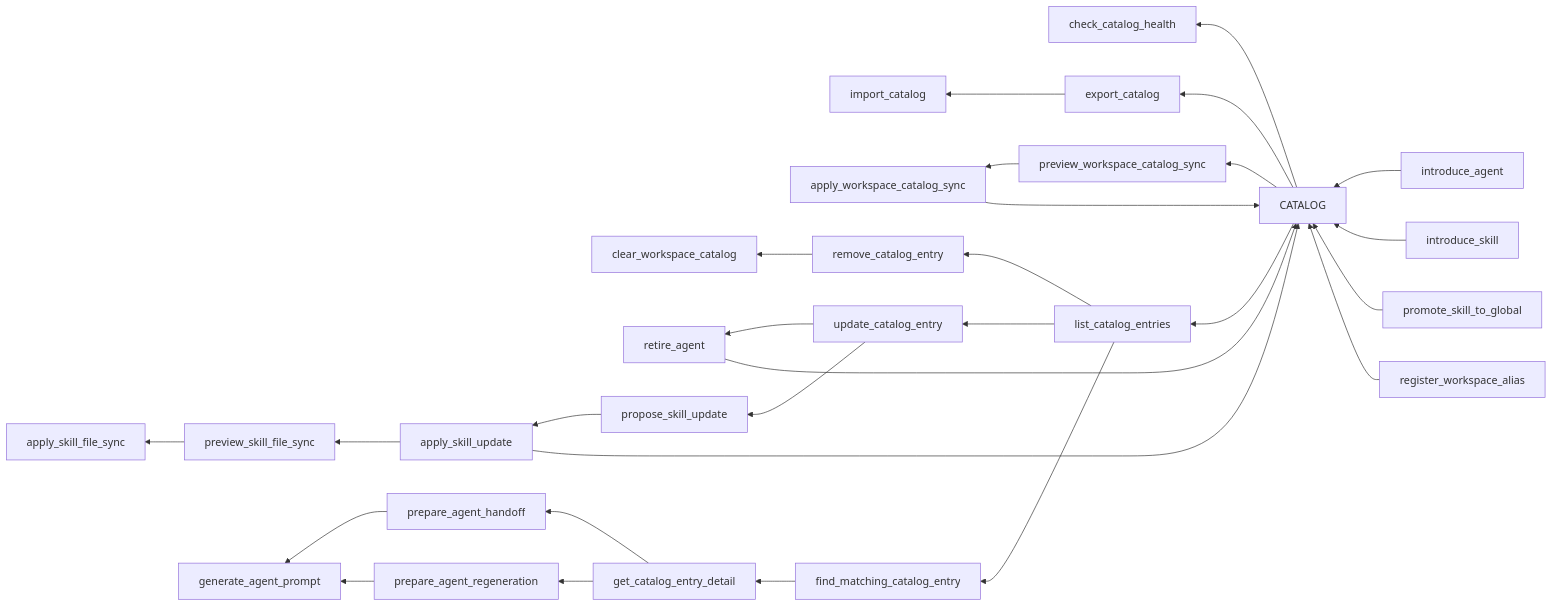
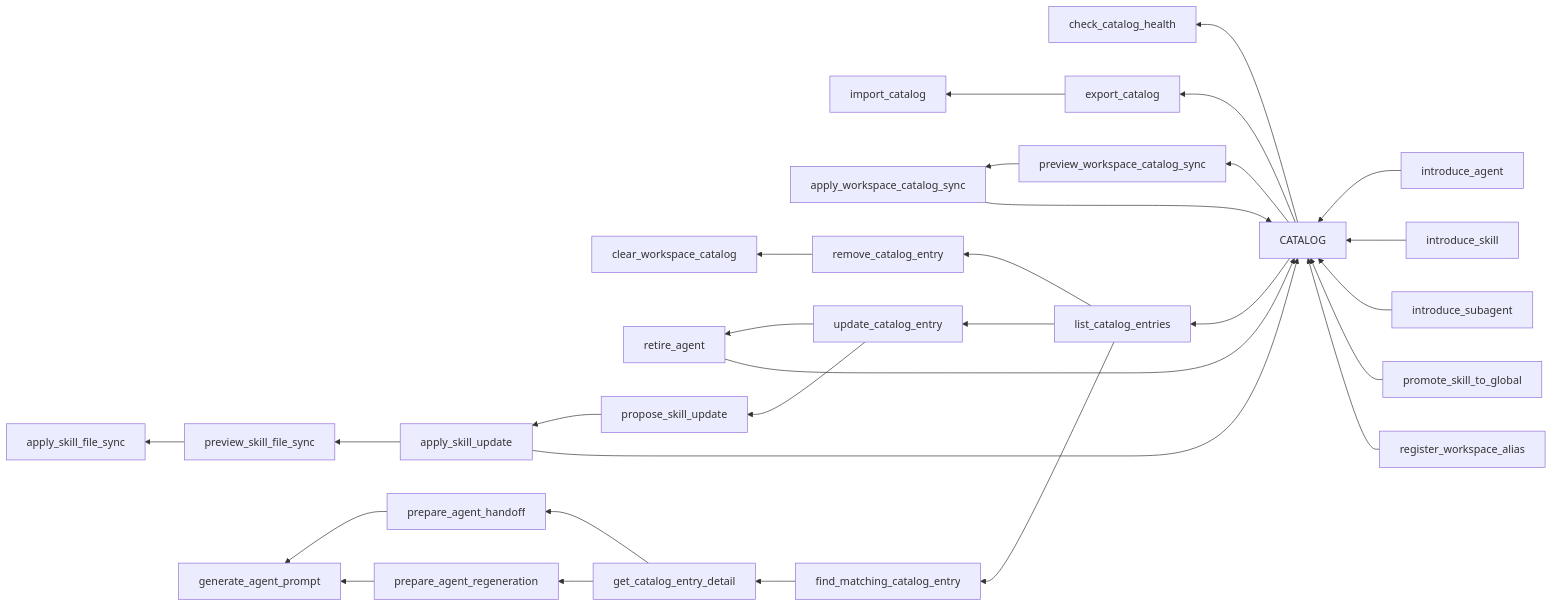
The diagram in README.md (okanaslan/lor-mcp), drawn with Mermaid before and after one commit. The commit also changed other lines of this file and 40 other files, not shown here.

First line of the commit message:
feat(subagents): add subagent catalog support

````diff
--- a/README.md
+++ b/README.md
@@ -69,33 +70,34 @@
 ```mermaid
 flowchart RL
   catalog["CATALOG"]
 
   introduceAgent["introduce_agent"] --> catalog
   introduceSkill["introduce_skill"] --> catalog
+  introduceSubagent["introduce_subagent"] --> catalog
   promoteSkill["promote_skill_to_global"] --> catalog
   registerAlias["register_workspace_alias"] --> catalog
   catalog --> checkHealth["check_catalog_health"]
   catalog --> exportCatalog["export_catalog"]
   exportCatalog --> importCatalog["import_catalog"]
   catalog --> previewWorkspaceSync["preview_workspace_catalog_sync"]
   previewWorkspaceSync --> applyWorkspaceSync["apply_workspace_catalog_sync"]
   applyWorkspaceSync --> catalog
   catalog --> listEntries["list_catalog_entries"]
 
   listEntries --> removeEntry["remove_catalog_entry"]
   removeEntry --> clearCatalog["clear_workspace_catalog"]
   listEntries --> updateEntry["update_catalog_entry"]
   updateEntry --> retireAgent["retire_agent"]
   retireAgent --> catalog
   updateEntry --> proposeSkillUpdate["propose_skill_update"]
   proposeSkillUpdate --> applySkillUpdate["apply_skill_update"]
   applySkillUpdate --> catalog
   applySkillUpdate --> previewSkillFileSync["preview_skill_file_sync"]
   previewSkillFileSync --> applySkillFileSync["apply_skill_file_sync"]
   listEntries --> findMatch["find_matching_catalog_entry"]
   findMatch --> detail["get_catalog_entry_detail"]
   detail --> handoff["prepare_agent_handoff"]
   detail --> regeneration["prepare_agent_regeneration"]
   handoff --> generatePrompt["generate_agent_prompt"]
   regeneration --> generatePrompt
 ```
````
